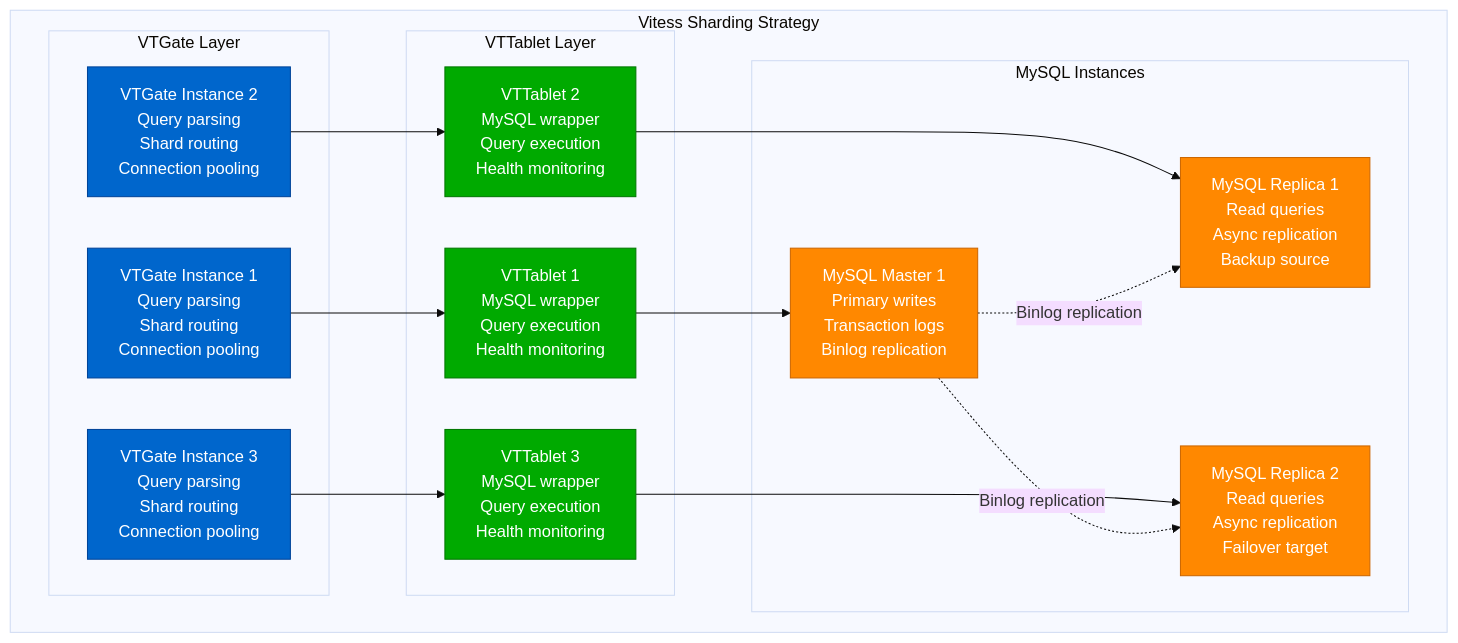
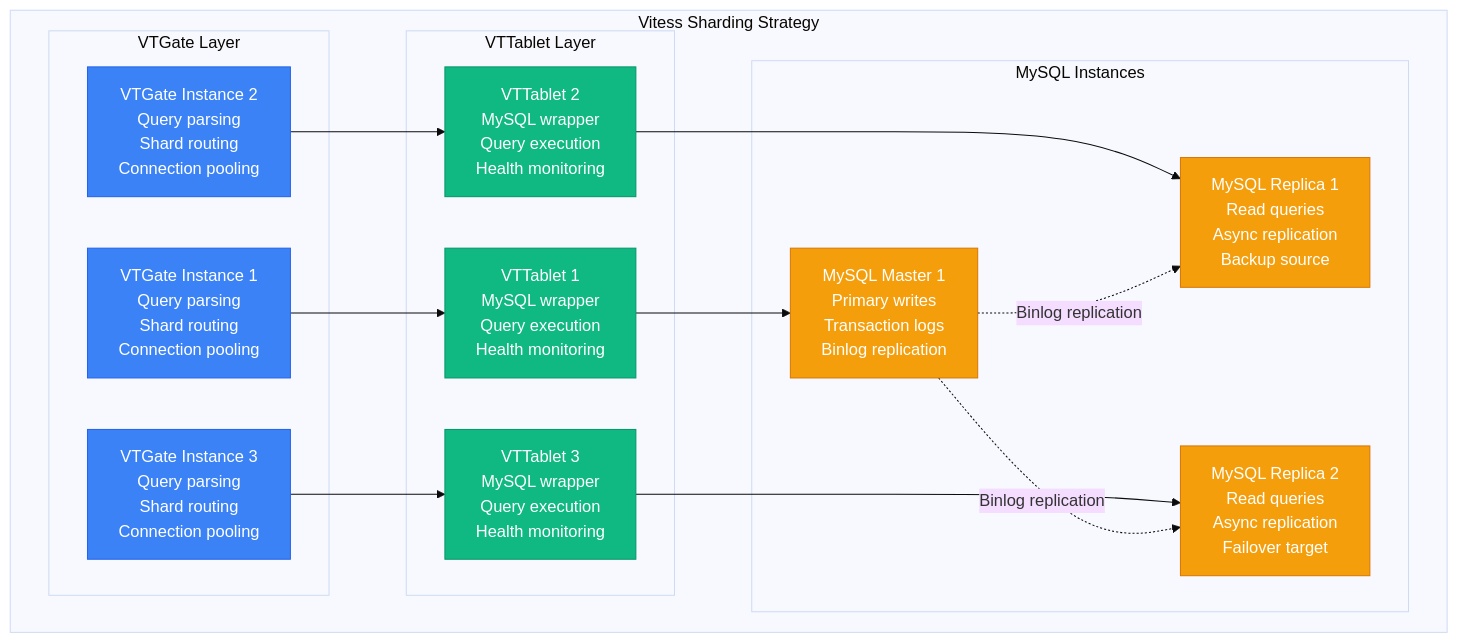
Before and after one commit to deepaucksharma/DS: the second of 8 diagrams in site/docs/systems/shopify/storage-architecture.md, drawn with Mermaid (base theme). The commit also changed other lines of this file and 303 other files, not shown here.

````diff
--- a/site/docs/systems/shopify/storage-architecture.md
+++ b/site/docs/systems/shopify/storage-architecture.md
@@ -137,44 +137,44 @@
 ```mermaid
 graph TB
     subgraph "Vitess Sharding Strategy"
         subgraph "VTGate Layer"
             VTGATE1[VTGate Instance 1<br/>Query parsing<br/>Shard routing<br/>Connection pooling]
             VTGATE2[VTGate Instance 2<br/>Query parsing<br/>Shard routing<br/>Connection pooling]
             VTGATE3[VTGate Instance 3<br/>Query parsing<br/>Shard routing<br/>Connection pooling]
         end
 
         subgraph "VTTablet Layer"
             VTTABLET1[VTTablet 1<br/>MySQL wrapper<br/>Query execution<br/>Health monitoring]
             VTTABLET2[VTTablet 2<br/>MySQL wrapper<br/>Query execution<br/>Health monitoring]
             VTTABLET3[VTTablet 3<br/>MySQL wrapper<br/>Query execution<br/>Health monitoring]
         end
 
         subgraph "MySQL Instances"
             MYSQL1[MySQL Master 1<br/>Primary writes<br/>Transaction logs<br/>Binlog replication]
             MYSQL2[MySQL Replica 1<br/>Read queries<br/>Async replication<br/>Backup source]
             MYSQL3[MySQL Replica 2<br/>Read queries<br/>Async replication<br/>Failover target]
         end
     end
 
     %% Vitess architecture flow
     VTGATE1 --> VTTABLET1
     VTGATE2 --> VTTABLET2
     VTGATE3 --> VTTABLET3
 
     VTTABLET1 --> MYSQL1
     VTTABLET2 --> MYSQL2
     VTTABLET3 --> MYSQL3
 
     %% Replication flow
     MYSQL1 -.->|Binlog replication| MYSQL2
     MYSQL1 -.->|Binlog replication| MYSQL3
 
     %% Apply Vitess colors
-    classDef gatewayStyle fill:#0066CC,stroke:#004499,color:#fff
-    classDef tabletStyle fill:#00AA00,stroke:#007700,color:#fff
-    classDef mysqlStyle fill:#FF8800,stroke:#CC6600,color:#fff
+    classDef gatewayStyle fill:#3B82F6,stroke:#2563EB,color:#fff
+    classDef tabletStyle fill:#10B981,stroke:#059669,color:#fff
+    classDef mysqlStyle fill:#F59E0B,stroke:#D97706,color:#fff
 
     class VTGATE1,VTGATE2,VTGATE3 gatewayStyle
     class VTTABLET1,VTTABLET2,VTTABLET3 tabletStyle
     class MYSQL1,MYSQL2,MYSQL3 mysqlStyle
 ```
````
